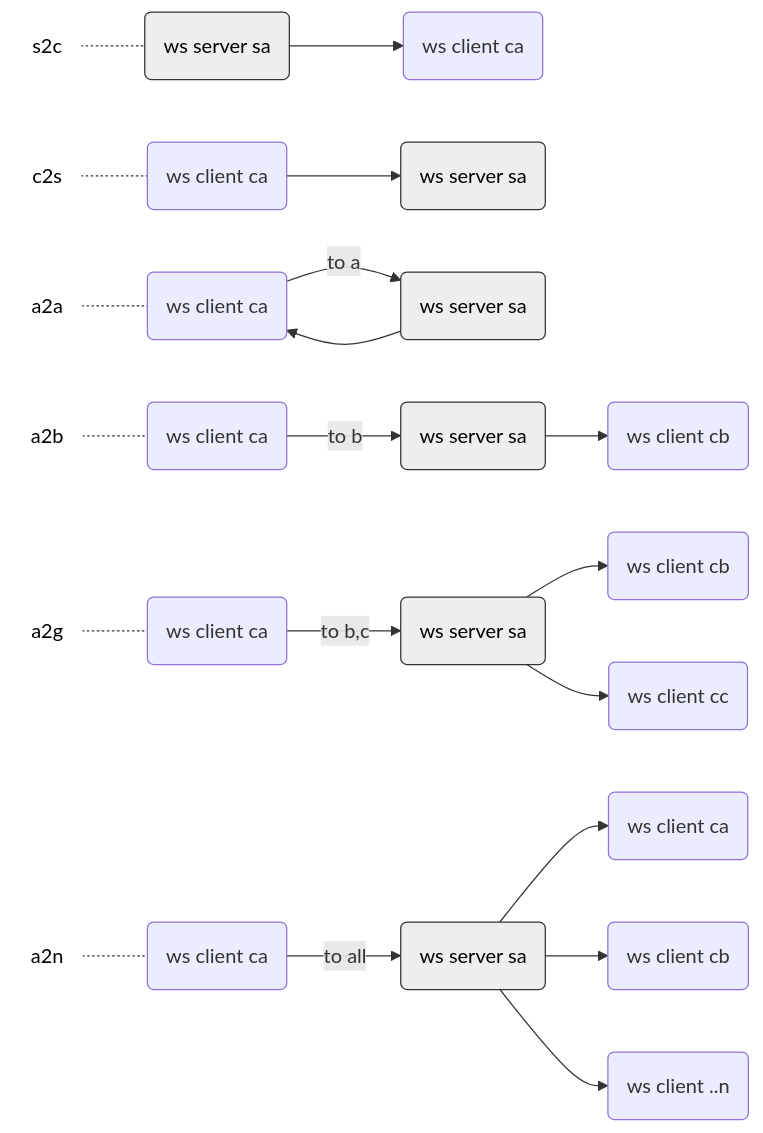
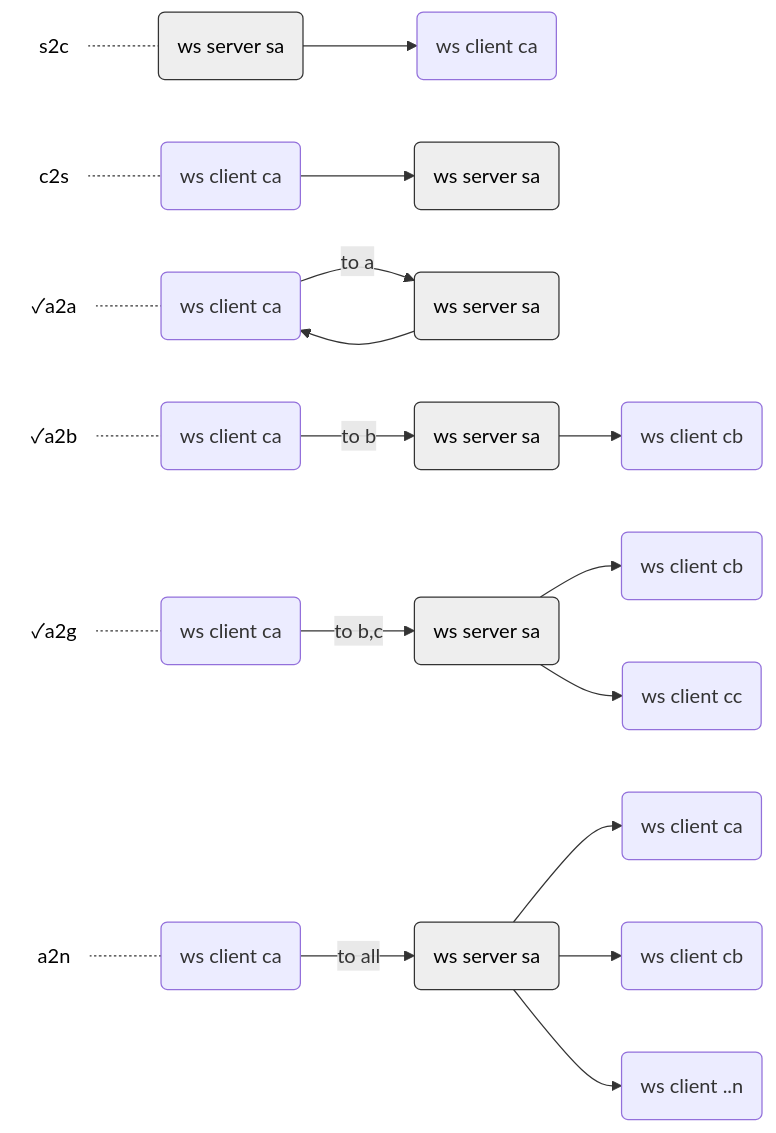
One commit to toshirot/w2w changed the second of 7 diagrams in README.md. Above: the diagram before and after it, drawn with Mermaid. The commit also changed other lines of this file, not shown here.

````diff
--- a/README.md
+++ b/README.md
@@ -119,62 +119,62 @@
 ```mermaid
 flowchart LR
 
     %%single_type1
-        text_s2c(s2c):::class_text_min
+        text_s2c("s2c"):::class_text_min
         single_type1c(ws client ca) 
         single_type1s(ws server sa):::class_server
             text_s2c -.- single_type1s
             single_type1s --> single_type1c 
 
     %%single_type2
         text_c2s(c2s):::class_text_min
         single_type2c(ws client ca) 
         single_type2s(ws server sa):::class_server
             text_c2s -.- single_type2c
             single_type2c --> single_type2s
 
     %%single_type3
-        text_a2a(a2a):::class_text_min
+        text_a2a("✓a2a"):::class_text_min
         single_type3c(ws client ca) 
         single_type3s(ws server sa):::class_server
             text_a2a -.- single_type3c
             single_type3c --> |to a| single_type3s --> single_type3c
 
     %%single_type4
-        text_a2b(a2b):::class_text_min
+        text_a2b("✓a2b"):::class_text_min
         single_type4c1(ws client ca) 
         single_type4s1(ws server sa):::class_server 
         single_type4c2(ws client cb)
             text_a2b -.- single_type4c1
             single_type4c1 -->  |to b| single_type4s1 --> single_type4c2
 
     %%single_type6
-        text_a2g(a2g):::class_text_min
+        text_a2g("✓a2g"):::class_text_min
         single_type6c1(ws client ca) 
         single_type6s1(ws server sa):::class_server 
         single_type6c3(ws client cb) 
         single_type6c4(ws client cc) 
             text_a2g -.- single_type6c1
             single_type6c1 --> |to b,c| single_type6s1 
                         single_type6s1 --> single_type6c3
                         single_type6s1 --> single_type6c4
                         
     %%single_type5
         text_a2n(a2n):::class_text_min
         single_type5c1(ws client ca) 
         single_type5s1(ws server sa):::class_server 
         single_type5c2(ws client ca) 
         single_type5c3(ws client cb) 
         single_type5c4(ws client ..n) 
             text_a2n -.- single_type5c1
             single_type5c1 --> |to all| single_type5s1 -->single_type5c2
                         single_type5s1 --> single_type5c3
                         single_type5s1 --> single_type5c4
 
 
 
 
 classDef class_server fill:#eee,color:#000,stroke:#333
 classDef class_text fill:#fff,color:#000,stroke:#fff,margin:0
 classDef class_text_min fill:#fff,color:#000,stroke:#fff,margin:0
 ```
````
